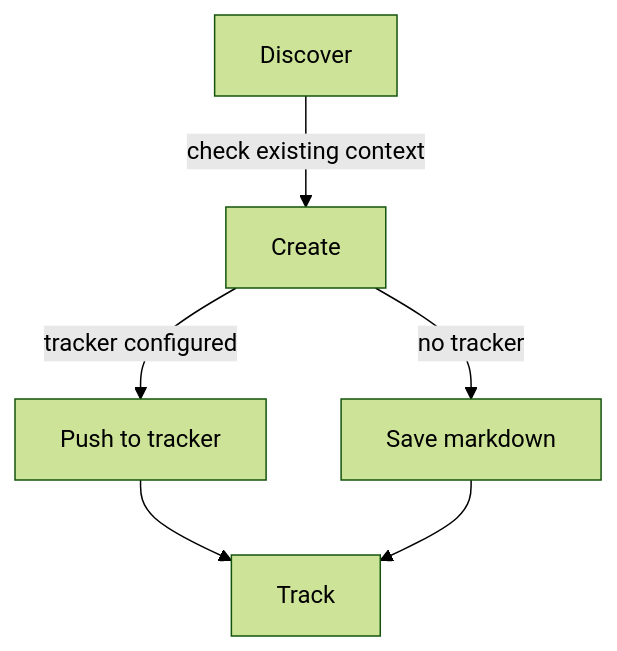
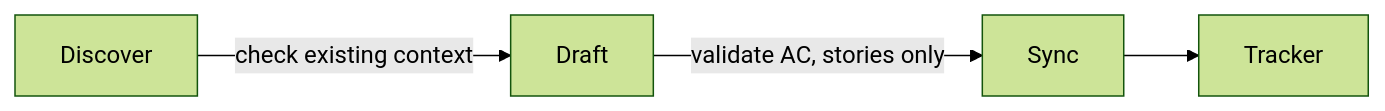
One commit to adeonir/agent-skills changed the diagram in skills/product/epic-tracker/README.md. Above: the diagram before and after it, drawn with Mermaid (forest theme). The commit also changed other lines of this file and 13 other files, not shown here.

First line of the commit message:
refactor(epic-tracker)!: make the tracker the only source of truth

````diff
--- a/skills/product/epic-tracker/README.md
+++ b/skills/product/epic-tracker/README.md
@@ -7,8 +7,6 @@
 ```mermaid
-flowchart TD
-    D[Discover] -->|check existing context| C[Create]
-    C -->|tracker configured| TR[Push to tracker]
-    C -->|no tracker| MD[Save markdown]
-    TR --> T[Track]
-    MD --> T
+flowchart LR
+    D[Discover] -->|check existing context| DR[Draft]
+    DR -->|validate AC, stories only| S[Sync]
+    S --> TR[Tracker]
 ```
````
